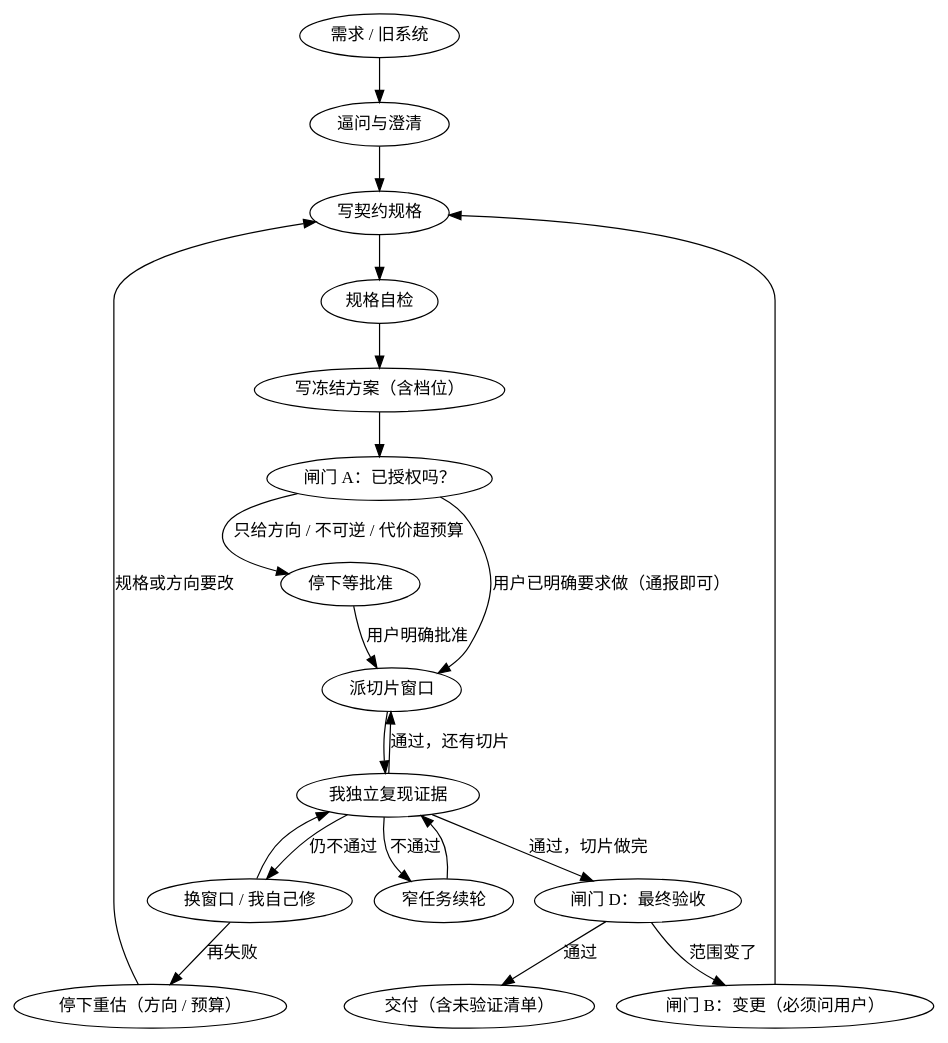
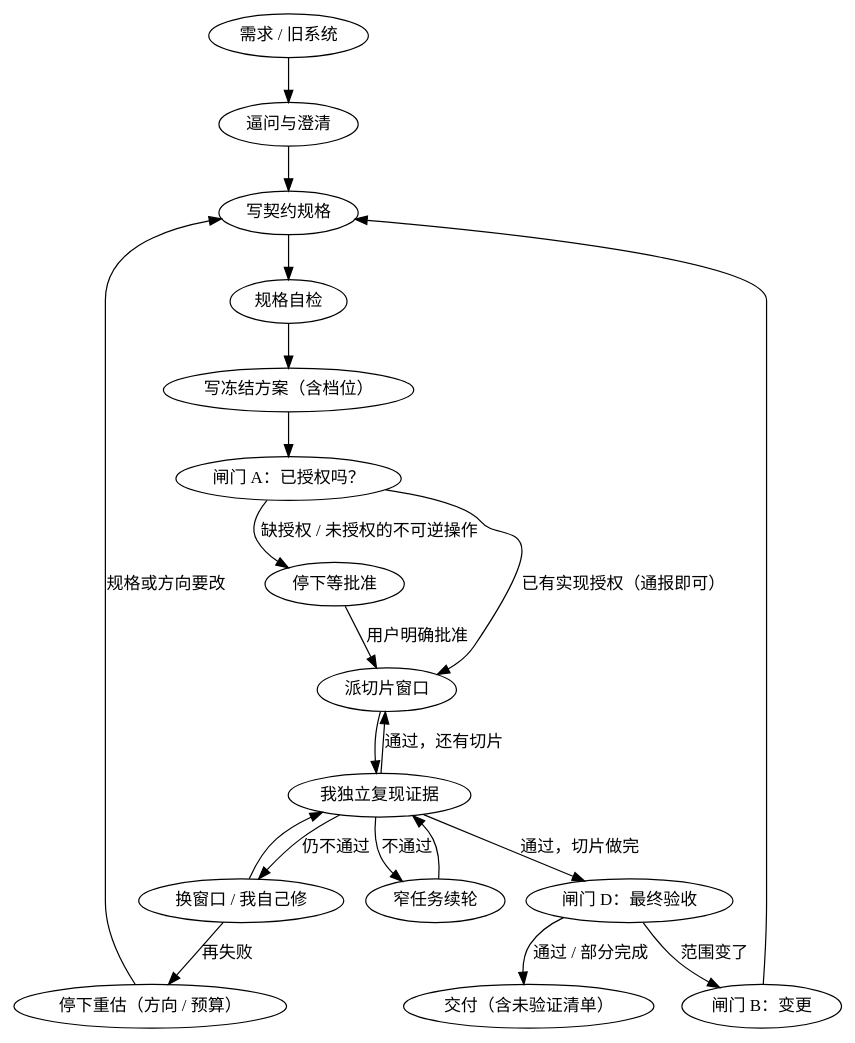
Before and after one commit to Leexunhuan743/orchestrated-build: the diagram in SKILL.md, drawn with Graphviz. The commit also changed other lines of this file and 8 other files, not shown here.

````diff
--- a/SKILL.md
+++ b/SKILL.md
@@ -26,24 +26,24 @@
 ```dot
 digraph loop {
   "需求 / 旧系统" -> "逼问与澄清";
   "逼问与澄清" -> "写契约规格";
   "写契约规格" -> "规格自检";
   "规格自检" -> "写冻结方案（含档位）";
   "写冻结方案（含档位）" -> "闸门 A：已授权吗？";
-  "闸门 A：已授权吗？" -> "停下等批准" [label="只给方向 / 不可逆 / 代价超预算"];
+  "闸门 A：已授权吗？" -> "停下等批准" [label="缺授权 / 未授权的不可逆操作"];
   "停下等批准" -> "派切片窗口" [label="用户明确批准"];
-  "闸门 A：已授权吗？" -> "派切片窗口" [label="用户已明确要求做（通报即可）"];
+  "闸门 A：已授权吗？" -> "派切片窗口" [label="已有实现授权（通报即可）"];
   "派切片窗口" -> "我独立复现证据";
   "我独立复现证据" -> "窄任务续轮" [label="不通过"];
   "窄任务续轮" -> "我独立复现证据";
   "我独立复现证据" -> "换窗口 / 我自己修" [label="仍不通过"];
   "换窗口 / 我自己修" -> "我独立复现证据";
   "换窗口 / 我自己修" -> "停下重估（方向 / 预算）" [label="再失败"];
   "停下重估（方向 / 预算）" -> "写契约规格" [label="规格或方向要改"];
   "我独立复现证据" -> "派切片窗口" [label="通过，还有切片"];
   "我独立复现证据" -> "闸门 D：最终验收" [label="通过，切片做完"];
-  "闸门 D：最终验收" -> "闸门 B：变更（必须问用户）" [label="范围变了"];
-  "闸门 B：变更（必须问用户）" -> "写契约规格";
-  "闸门 D：最终验收" -> "交付（含未验证清单）" [label="通过"];
+  "闸门 D：最终验收" -> "闸门 B：变更" [label="范围变了"];
+  "闸门 B：变更" -> "写契约规格";
+  "闸门 D：最终验收" -> "交付（含未验证清单）" [label="通过 / 部分完成"];
 }
 ```
````
